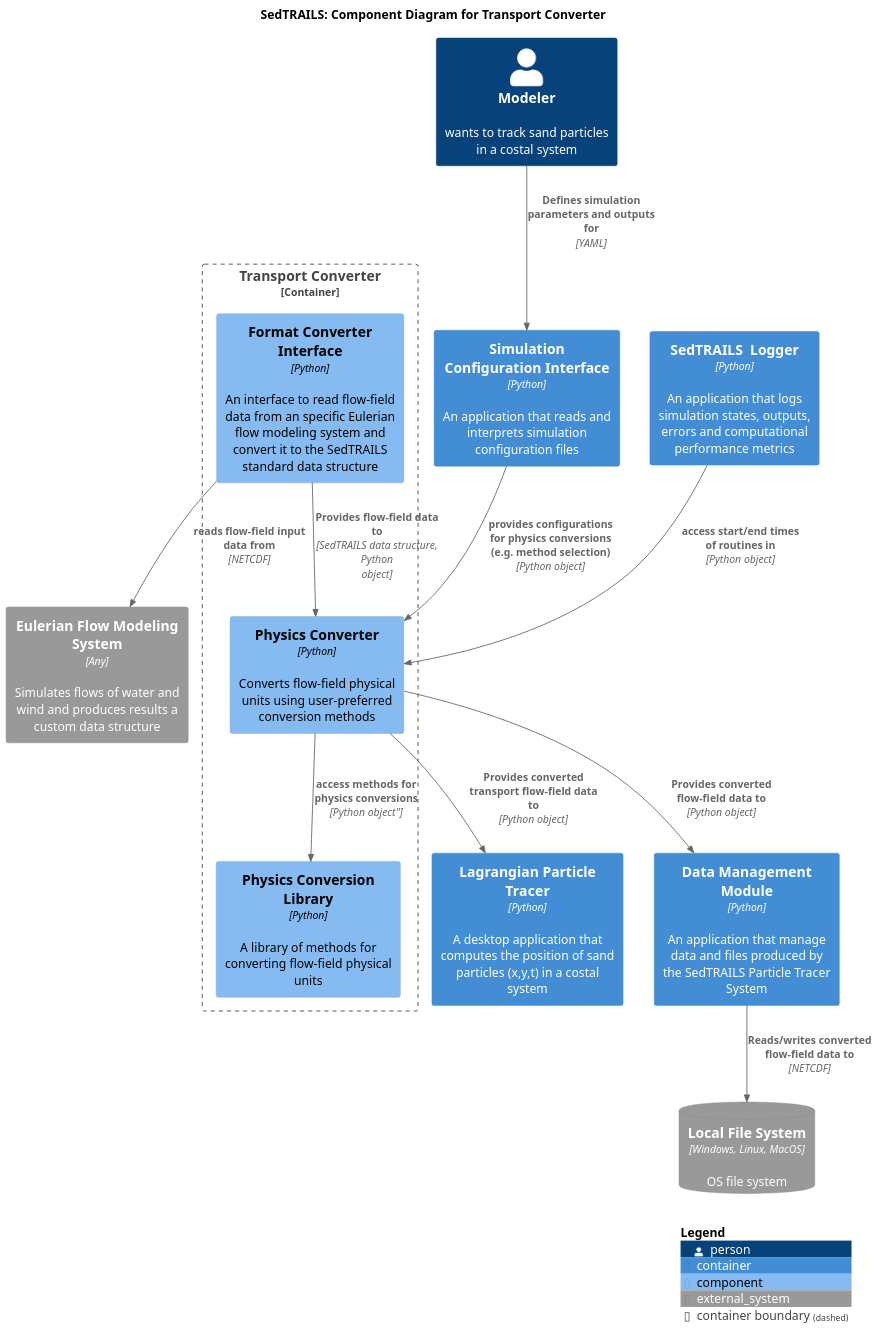
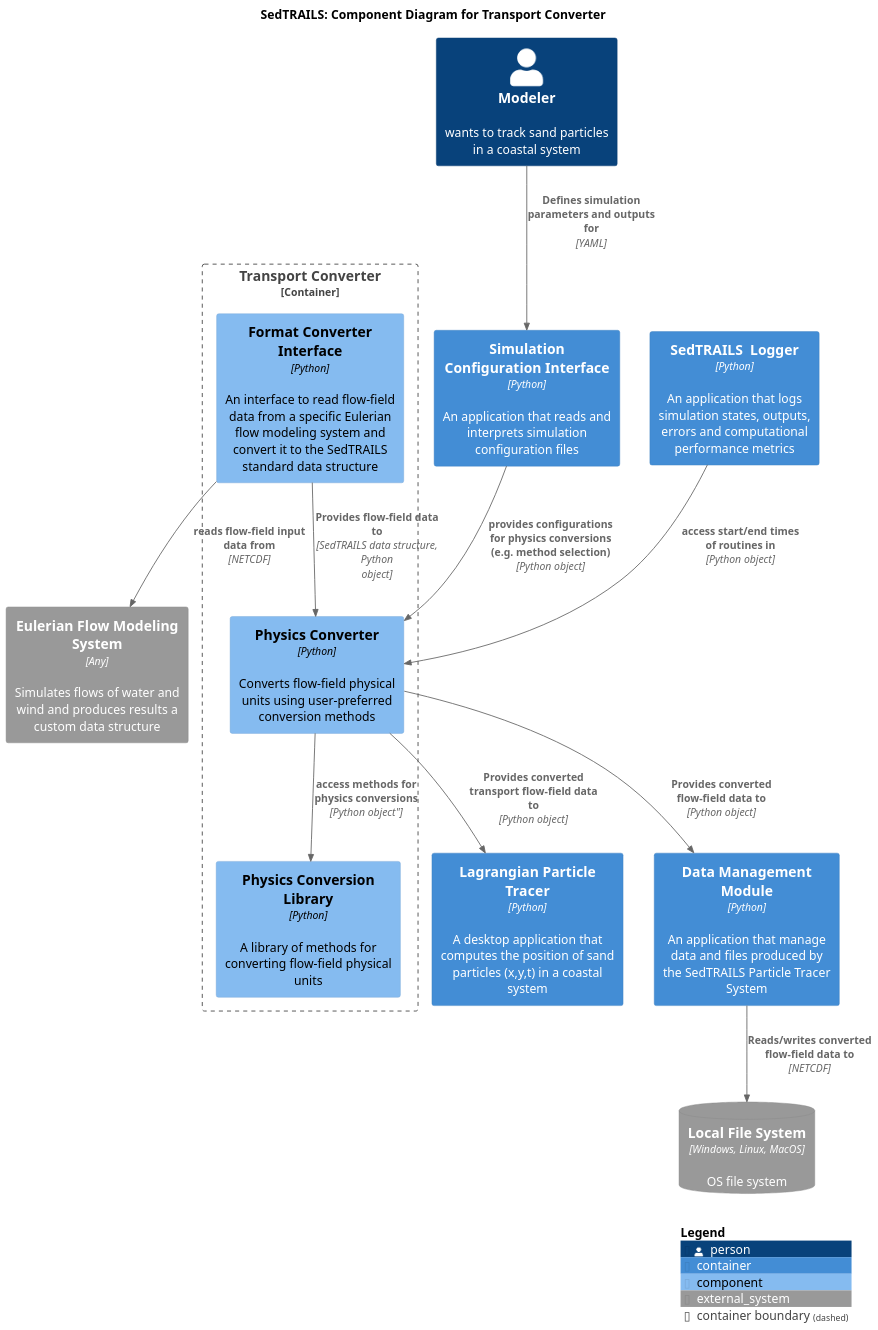
The diagram in diagrams/components-converter-app.puml (sgpearson17/sedtrails-sgp), drawn with PlantUML before and after one commit. The commit also changed 7 other files, not shown here.

Commit message:
final revisions of the diagrams

```diff
--- a/diagrams/components-converter-app.puml
+++ b/diagrams/components-converter-app.puml
@@ -1,44 +1,44 @@
 @startuml SedtrailComponentsTransportConverter
 !include ./c4/C4_Component.puml
 
 title SedTRAILS: Component Diagram for Transport Converter
 scale 1.5
 
-Person(modeler, "Modeler", "wants to track sand particles in a costal system")
+Person(modeler, "Modeler", "wants to track sand particles in a coastal system")
 
 Container(configInterface, "Simulation Configuration Interface", "Python", "An application that reads and interprets simulation configuration files")
 
 Container_Boundary(transportConverter, "Transport Converter"){ 
     
-    Component(formatConverter, "Format Converter Interface", "Python", "An interface to read flow-field data from an specific Eulerian flow modeling system and convert it to the SedTRAILS standard data structure")
+    Component(formatConverter, "Format Converter Interface", "Python", "An interface to read flow-field data from a specific Eulerian flow modeling system and convert it to the SedTRAILS standard data structure")
 
     Component(physicsConverter, "Physics Converter", "Python", "Converts flow-field physical units using user-preferred conversion methods")
         
     Component(physicsLibrary, "Physics Conversion Library", "Python", "A library of methods for converting flow-field physical units")
 
     Rel(physicsConverter, physicsLibrary, "access methods for physics conversions", Python object")
 
     Rel(formatConverter, physicsConverter, "Provides flow-field data to", "SedTRAILS data structure, Python object")
     Rel(modeler, configInterface, "Defines simulation parameters and outputs for", "YAML")
     Rel(configInterface, physicsConverter, "provides configurations for physics conversions (e.g. method selection)", "Python object")
 }
 
 Container(sedtrailsLogger, "SedTRAILS  Logger", "Python", "An application that logs simulation states, outputs, errors and computational performance metrics")
 
-Container(particleTracer, "Lagrangian Particle Tracer", "Python", "A desktop application that computes the position of sand particles (x,y,t) in a costal system")
+Container(particleTracer, "Lagrangian Particle Tracer", "Python", "A desktop application that computes the position of sand particles (x,y,t) in a coastal system")
 
 Container(dataManager, "Data Management Module", "Python", "An application that manage data and files produced by the SedTRAILS Particle Tracer System")
 
 System_Ext(flowSystem, "Eulerian Flow Modeling System", "Simulates flows of water and wind and produces results a custom data structure", $type="Any")
 SystemDb_Ext(fileSystem, "Local File System", "OS file system", $type="Windows, Linux, MacOS")
 
 Rel(physicsConverter, dataManager, "Provides converted flow-field data to", "Python object")
 Rel(sedtrailsLogger, physicsConverter, "access start/end times of routines in", "Python object")
 
 Rel(physicsConverter, particleTracer, "Provides converted transport flow-field data to", "Python object")
 Rel(dataManager, fileSystem, "Reads/writes converted flow-field data to", "NETCDF")
 
 Rel(formatConverter, flowSystem, "reads flow-field input data from", "NETCDF")
 
 SHOW_LEGEND()
 @enduml
```
